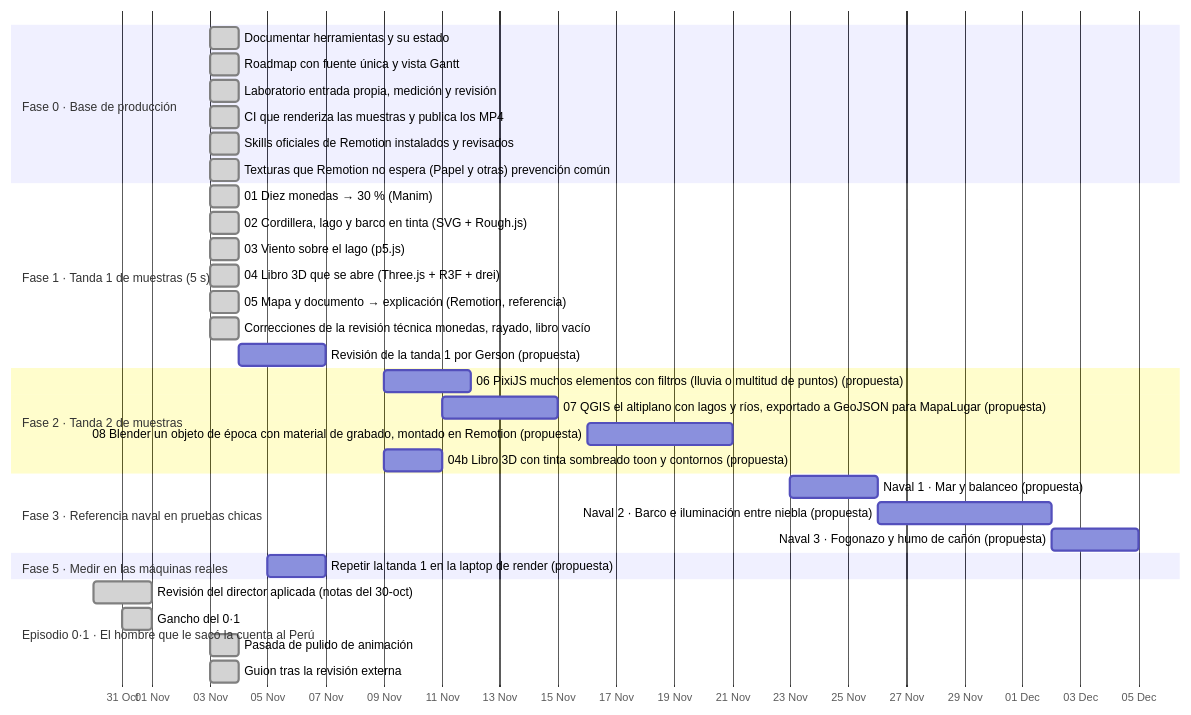
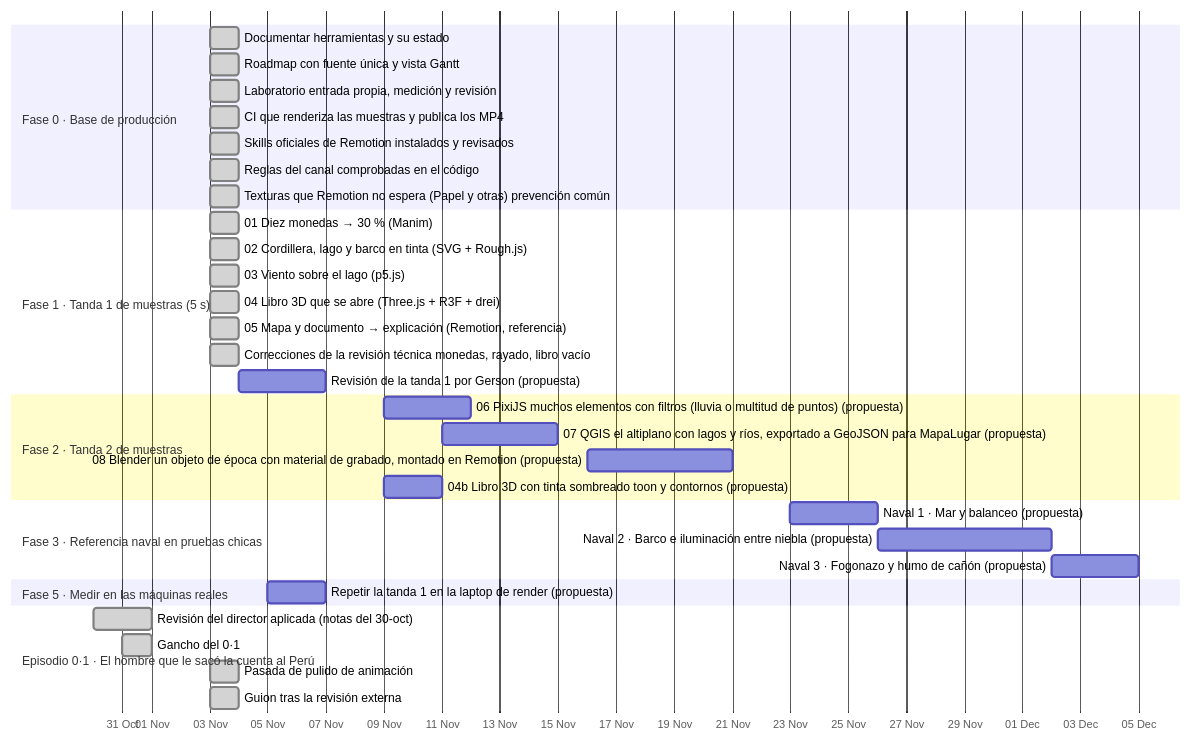
Before and after one commit to Eltiokarma/Remotion_HistoriaPer-: the diagram in ROADMAP.md, drawn with Mermaid. The commit also changed other lines of this file and 6 other files, not shown here.

First line of the commit message:
Skill del canal, versión 0 (canal-historia)

````diff
--- a/ROADMAP.md
+++ b/ROADMAP.md
@@ -31,37 +30,38 @@
 ```mermaid
 gantt
   dateFormat YYYY-MM-DD
   axisFormat %d %b
   todayMarker off
   section Fase 0 · Base de producción
   Documentar herramientas y su estado :done, f0herramientas, 2026-11-03, 1d
   Roadmap con fuente única y vista Gantt :done, f0roadmap, 2026-11-03, 1d
   Laboratorio entrada propia, medición y revisión :done, f0laboratorio, 2026-11-03, 1d
   CI que renderiza las muestras y publica los MP4 :done, t1ci, 2026-11-03, 1d
   Skills oficiales de Remotion instalados y revisados :done, f0skillremotion, 2026-11-03, 1d
+  Reglas del canal comprobadas en el código :done, f0reglascodigo, 2026-11-03, 1d
   Texturas que Remotion no espera (Papel y otras) prevención común :done, infrapapel, 2026-11-03, 1d
   section Fase 1 · Tanda 1 de muestras (5 s)
   01 Diez monedas → 30 % (Manim) :done, t1manim, 2026-11-03, 1d
   02 Cordillera, lago y barco en tinta (SVG + Rough.js) :done, t1tinta, 2026-11-03, 1d
   03 Viento sobre el lago (p5.js) :done, t1viento, 2026-11-03, 1d
   04 Libro 3D que se abre (Three.js + R3F + drei) :done, t1libro3d, 2026-11-03, 1d
   05 Mapa y documento → explicación (Remotion, referencia) :done, t1mapa, 2026-11-03, 1d
   Correcciones de la revisión técnica monedas, rayado, libro vacío :done, t1correcciones, 2026-11-03, 1d
   Revisión de la tanda 1 por Gerson (propuesta) :t1revision, 2026-11-04, 3d
   section Fase 2 · Tanda 2 de muestras
   06 PixiJS muchos elementos con filtros (lluvia o multitud de puntos) (propuesta) :t2pixi, 2026-11-09, 3d
   07 QGIS el altiplano con lagos y ríos, exportado a GeoJSON para MapaLugar (propuesta) :t2qgis, 2026-11-11, 4d
   08 Blender un objeto de época con material de grabado, montado en Remotion (propuesta) :t2blender, 2026-11-16, 5d
   04b Libro 3D con tinta sombreado toon y contornos (propuesta) :t2toon, 2026-11-09, 2d
   section Fase 3 · Referencia naval en pruebas chicas
   Naval 1 · Mar y balanceo (propuesta) :n1mar, 2026-11-23, 3d
   Naval 2 · Barco e iluminación entre niebla (propuesta) :n2barco, 2026-11-26, 6d
   Naval 3 · Fogonazo y humo de cañón (propuesta) :n3fogonazo, 2026-12-02, 3d
   section Fase 5 · Medir en las máquinas reales
   Repetir la tanda 1 en la laptop de render (propuesta) :f5laptop, 2026-11-05, 2d
   section Episodio 0·1 · El hombre que le sacó la cuenta al Perú
   Revisión del director aplicada (notas del 30-oct) :done, e1revision, 2026-10-30, 2d
   Gancho del 0·1 :done, e1gancho, 2026-10-31, 1d
   Pasada de pulido de animación :done, e1pulido, 2026-11-03, 1d
   Guion tras la revisión externa :done, e1guionexterno, 2026-11-03, 1d
 ```
````
